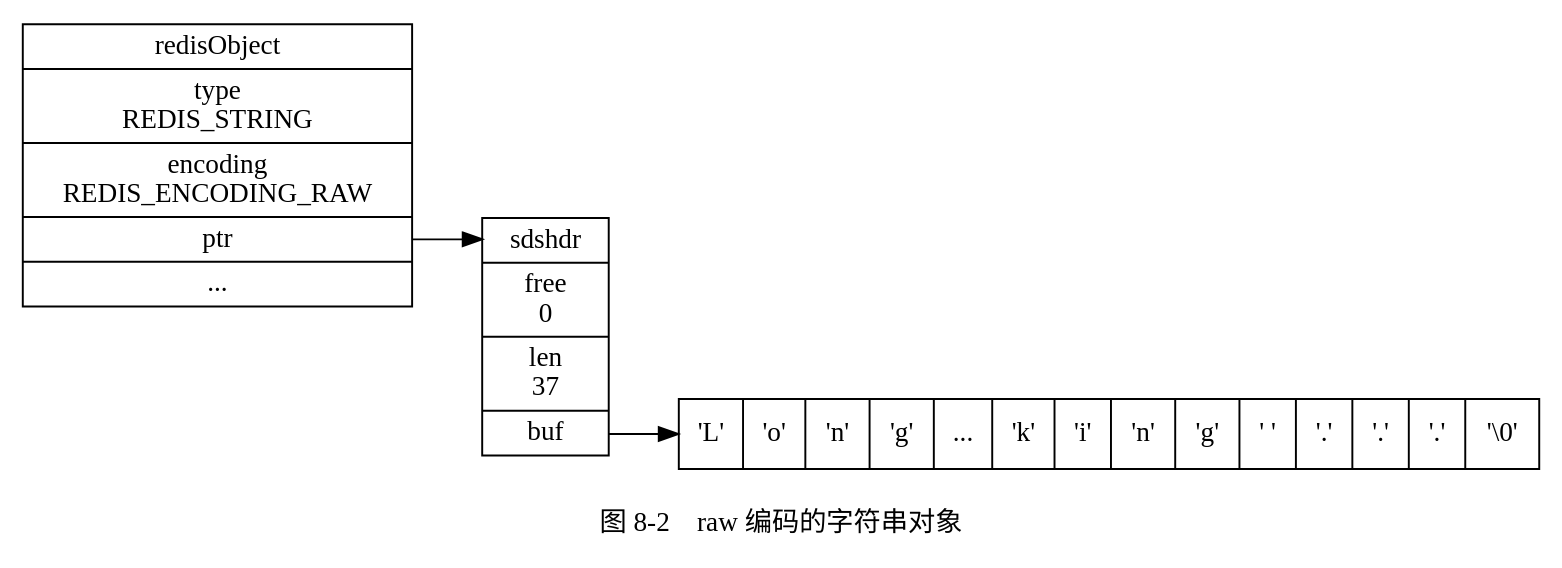
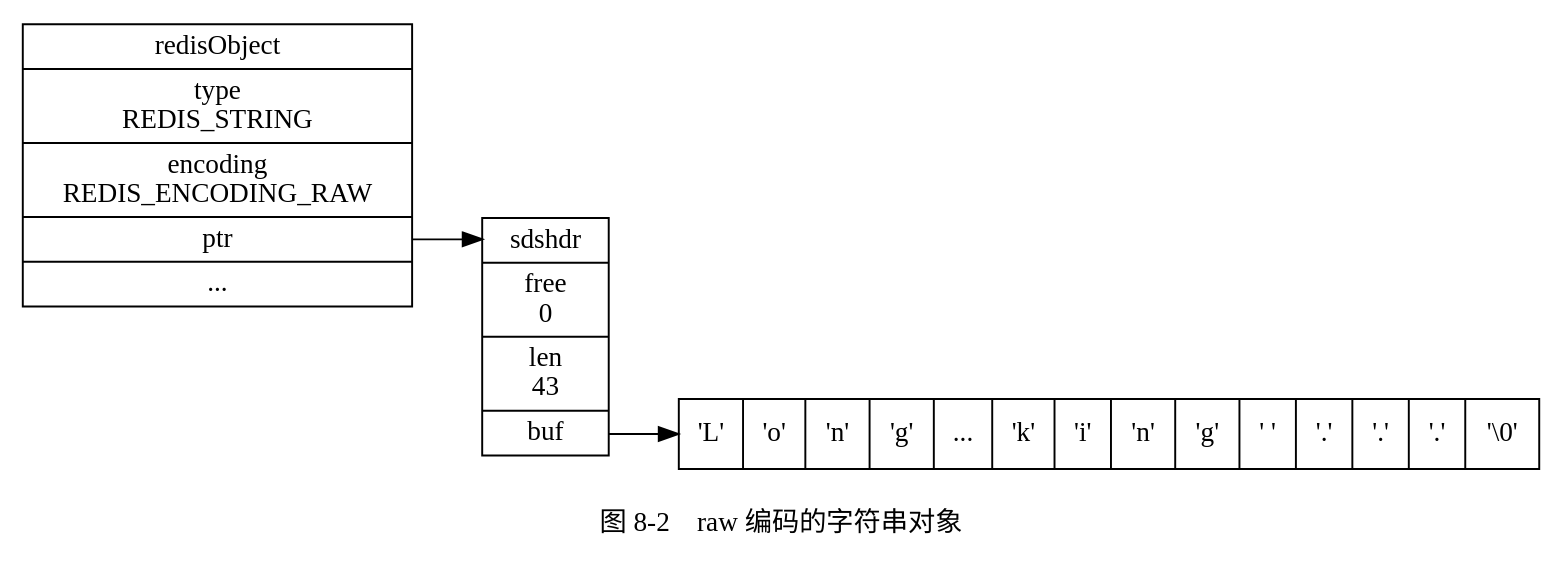
The second of 4 diagrams in preview/object/string.rst (huangzworks/redisbook1e), drawn with Graphviz before and after one commit. The commit also changed other lines of this file, not shown here.

```diff
--- a/preview/object/string.rst
+++ b/preview/object/string.rst
@@ -63,22 +63,22 @@
 .. graphviz::
 
     digraph {
 
         label = "\n 图 8-2    raw 编码的字符串对象";
 
         rankdir = LR;
 
         node [shape = record];
 
         redisObject [label = " redisObject | type \n REDIS_STRING | encoding \n REDIS_ENCODING_RAW | <ptr> ptr | ... "];
 
-        sdshdr [label = " <head> sdshdr | free \n 0 | len \n 37 | <buf> buf"];
+        sdshdr [label = " <head> sdshdr | free \n 0 | len \n 43 | <buf> buf"];
 
         buf [label = " { 'L' | 'o' | 'n' | 'g' | ... | 'k' | 'i' | 'n' | 'g' | ' ' | '.' | '.' | '.' | '\\0' } " ];
 
         //
 
         redisObject:ptr -> sdshdr:head;
         sdshdr:buf -> buf;
 
     }
```
